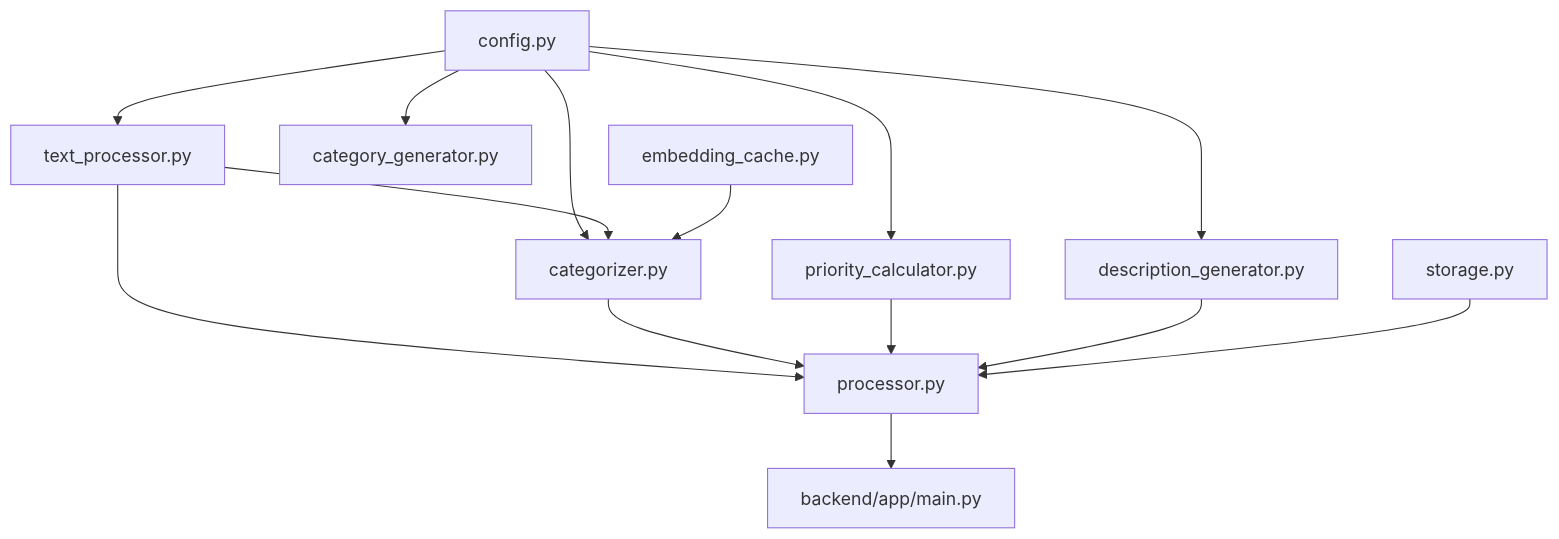
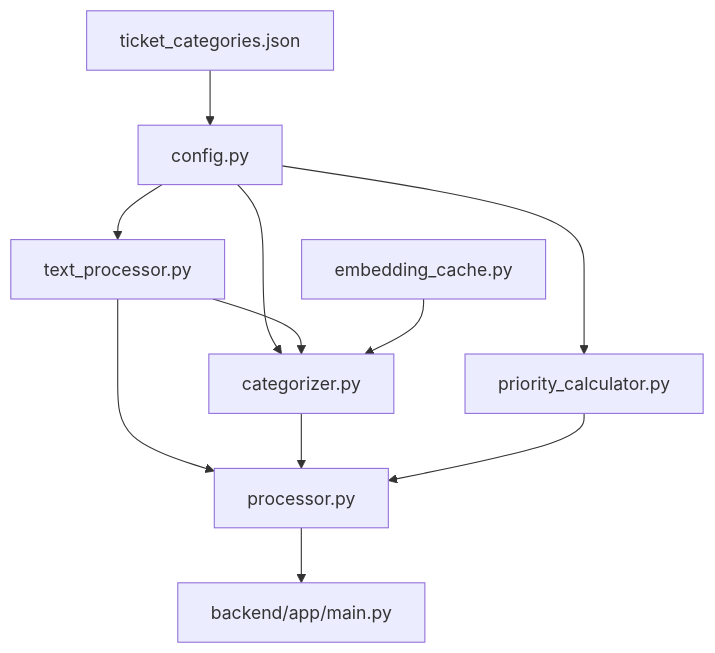
The first of 3 diagrams in docs/services/ai-service/architecture.md (Plymouth-University/comp2003-2025-2026-team-3), drawn with Mermaid before and after one commit. The commit also changed other lines of this file and 5 other files, not shown here.

````diff
--- a/docs/services/ai-service/architecture.md
+++ b/docs/services/ai-service/architecture.md
@@ -24,18 +20,15 @@
 ```mermaid
 flowchart TD
   Config[config.py] --> Text[text_processor.py]
   Config --> Categorizer[categorizer.py]
   Config --> Priority[priority_calculator.py]
-  Config --> Description[description_generator.py]
-  Config --> CategoryGen[category_generator.py]
 
   Text --> Categorizer
   Text --> Processor[processor.py]
   Categorizer --> Processor
   Priority --> Processor
-  Description --> Processor
   Cache[embedding_cache.py] --> Categorizer
-  Storage[storage.py] --> Processor
 
   Processor --> API[backend/app/main.py]
+  CategoryFile[ticket_categories.json] --> Config
 ```
````
